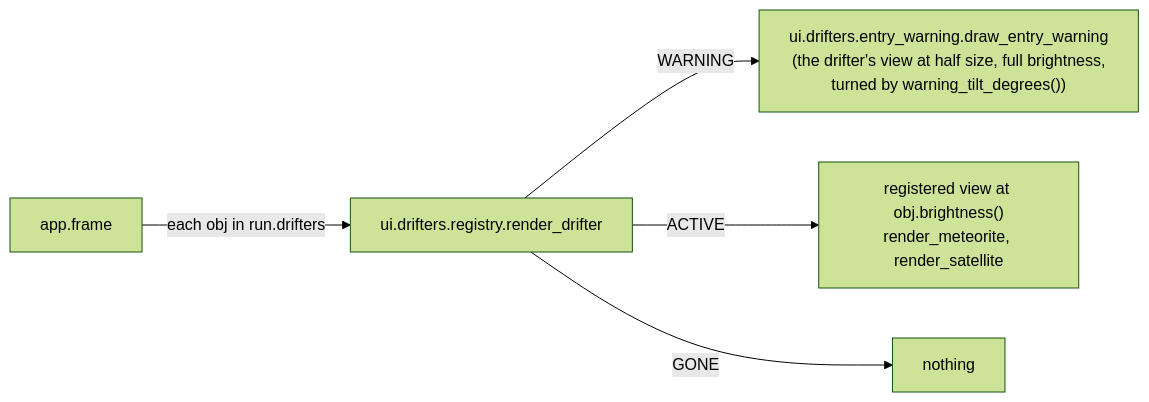
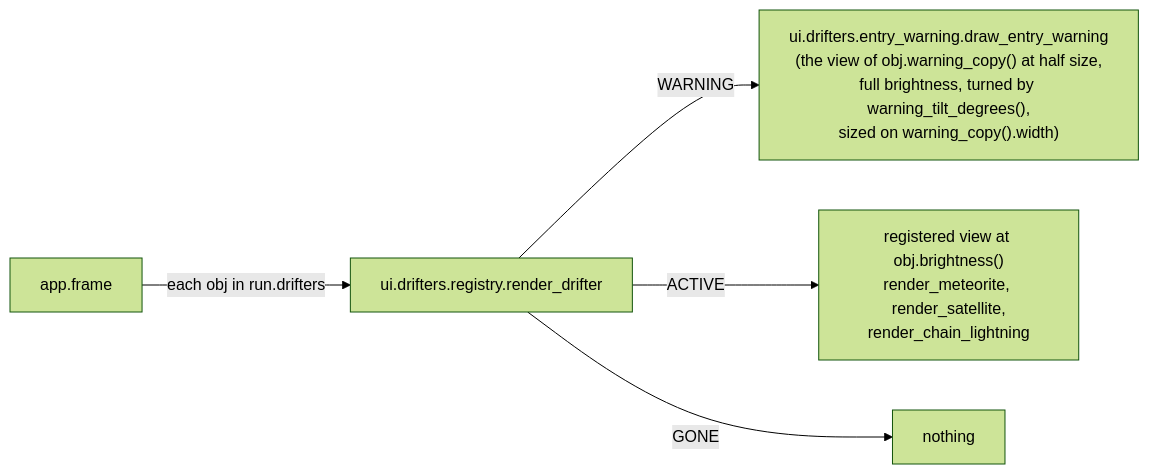
The sixth of 6 diagrams in docs/contracts/systems/drifters.md (david-mntl/driftward-ace), drawn with Mermaid (forest theme) before and after one commit. The commit also changed other lines of this file and 14 other files, not shown here.

Commit message:
docs(contracts): add line shape and chain lightning specs, schemas and DRA-47 tasks

````diff
--- a/docs/contracts/systems/drifters.md
+++ b/docs/contracts/systems/drifters.md
@@ -138,7 +190,7 @@
 ```mermaid
 flowchart LR
   APP["app.frame"] -- "each obj in run.drifters" --> R["ui.drifters.registry.render_drifter"]
-  R -- "WARNING" --> W["ui.drifters.entry_warning.draw_entry_warning<br/>(the drifter's view at half size, full brightness,<br/>turned by warning_tilt_degrees())"]
-  R -- "ACTIVE" --> V["registered view at obj.brightness()<br/>render_meteorite, render_satellite"]
+  R -- "WARNING" --> W["ui.drifters.entry_warning.draw_entry_warning<br/>(the view of obj.warning_copy() at half size,<br/>full brightness, turned by warning_tilt_degrees(),<br/>sized on warning_copy().width)"]
+  R -- "ACTIVE" --> V["registered view at obj.brightness()<br/>render_meteorite, render_satellite,<br/>render_chain_lightning"]
   R -- "GONE" --> N["nothing"]
 ```
````
